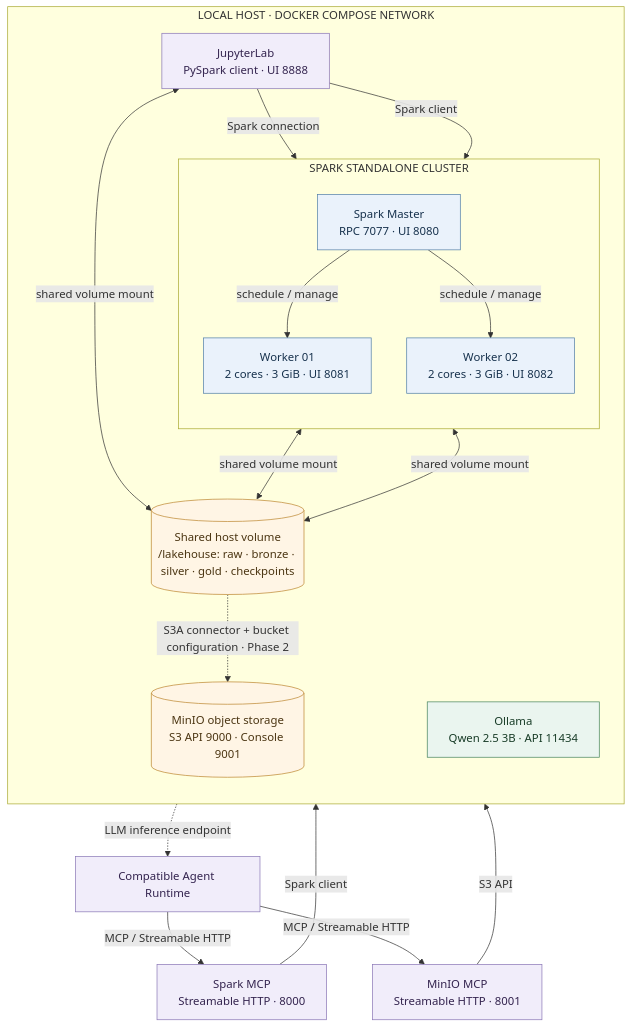
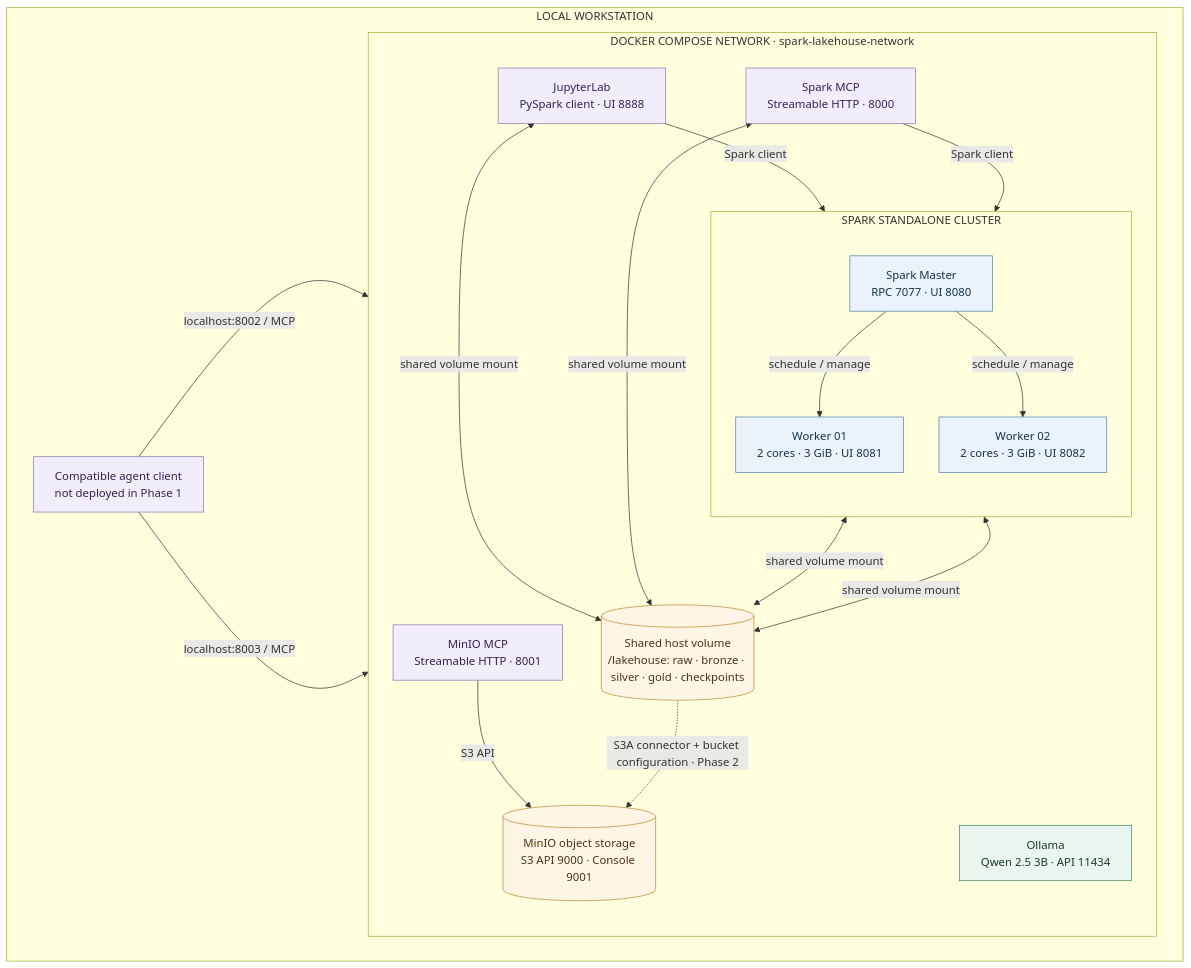
One commit to msellamiTN/spark-lakehouse-agent changed the first of 3 diagrams in README.md. Above: the diagram before and after it, drawn with Mermaid.

Commit message:
docs: align deployment diagram with MCP services

````diff
--- a/README.md
+++ b/README.md
@@ -32,41 +32,41 @@
 ```mermaid
 flowchart TB
-  subgraph HOST["LOCAL HOST · DOCKER COMPOSE NETWORK"]
-    direction TB
-    subgraph SPARK["SPARK STANDALONE CLUSTER"]
+  subgraph HOST["LOCAL WORKSTATION"]
+    AGENT["Compatible agent client<br/>not deployed in Phase 1"]
+    subgraph NETWORK["DOCKER COMPOSE NETWORK · spark-lakehouse-network"]
       direction TB
-      MASTER["Spark Master<br/>RPC 7077 · UI 8080"]
-      WORKER1["Worker 01<br/>2 cores · 3 GiB · UI 8081"]
-      WORKER2["Worker 02<br/>2 cores · 3 GiB · UI 8082"]
-      MASTER -->|"schedule / manage"| WORKER1
-      MASTER -->|"schedule / manage"| WORKER2
+      subgraph SPARK["SPARK STANDALONE CLUSTER"]
+        direction TB
+        MASTER["Spark Master<br/>RPC 7077 · UI 8080"]
+        WORKER1["Worker 01<br/>2 cores · 3 GiB · UI 8081"]
+        WORKER2["Worker 02<br/>2 cores · 3 GiB · UI 8082"]
+        MASTER -->|"schedule / manage"| WORKER1
+        MASTER -->|"schedule / manage"| WORKER2
+      end
+      JUPYTER["JupyterLab<br/>PySpark client · UI 8888"]
+      OLLAMA["Ollama<br/>Qwen 2.5 3B · API 11434"]
+      LAKE[("Shared host volume<br/>/lakehouse: raw · bronze · silver · gold · checkpoints")]
+      MINIO[("MinIO object storage<br/>S3 API 9000 · Console 9001")]
+      SPARK_MCP["Spark MCP<br/>Streamable HTTP · 8000"]
+      MINIO_MCP["MinIO MCP<br/>Streamable HTTP · 8001"]
+      JUPYTER -->|"Spark client"| MASTER
+      SPARK_MCP -->|"Spark client"| MASTER
+      MINIO_MCP -->|"S3 API"| MINIO
+      JUPYTER <-->|"shared volume mount"| LAKE
+      WORKER1 <-->|"shared volume mount"| LAKE
+      WORKER2 <-->|"shared volume mount"| LAKE
+      SPARK_MCP <-->|"shared volume mount"| LAKE
     end
-    JUPYTER["JupyterLab<br/>PySpark client · UI 8888"]
-    OLLAMA["Ollama<br/>Qwen 2.5 3B · API 11434"]
-    LAKE[("Shared host volume<br/>/lakehouse: raw · bronze · silver · gold · checkpoints")]
-    MINIO[("MinIO object storage<br/>S3 API 9000 · Console 9001")]
-    JUPYTER -->|"Spark connection"| MASTER
-    JUPYTER <-->|"shared volume mount"| LAKE
-    WORKER1 <-->|"shared volume mount"| LAKE
-    WORKER2 <-->|"shared volume mount"| LAKE
+    AGENT -->|"localhost:8002 / MCP"| SPARK_MCP
+    AGENT -->|"localhost:8003 / MCP"| MINIO_MCP
   end
-  SPARK_MCP["Spark MCP<br/>Streamable HTTP · 8000"]
-  MINIO_MCP["MinIO MCP<br/>Streamable HTTP · 8001"]
-  AGENT["Compatible Agent Runtime"]
-  JUPYTER -->|"Spark client"| MASTER
-  SPARK_MCP -->|"Spark client"| MASTER
-  MINIO_MCP -->|"S3 API"| MINIO
-  AGENT -->|"MCP / Streamable HTTP"| SPARK_MCP
-  AGENT -->|"MCP / Streamable HTTP"| MINIO_MCP
-  OLLAMA -.->|"LLM inference endpoint"| AGENT
   LAKE -.->|"S3A connector + bucket configuration · Phase 2"| MINIO
   classDef compute fill:#eaf2fb,stroke:#527fa8,color:#17324d
   classDef workspace fill:#f1edfa,stroke:#8b78b6,color:#33234e
   classDef storage fill:#fff5e5,stroke:#bd8731,color:#4b3512
   classDef model fill:#eaf5ef,stroke:#47845e,color:#183c27
   class MASTER,WORKER1,WORKER2 compute
-  class JUPYTER workspace
-  class SPARK_MCP,MINIO_MCP,AGENT workspace
+  class JUPYTER,SPARK_MCP,MINIO_MCP,AGENT workspace
   class LAKE,MINIO storage
   class OLLAMA model
 ```
````
